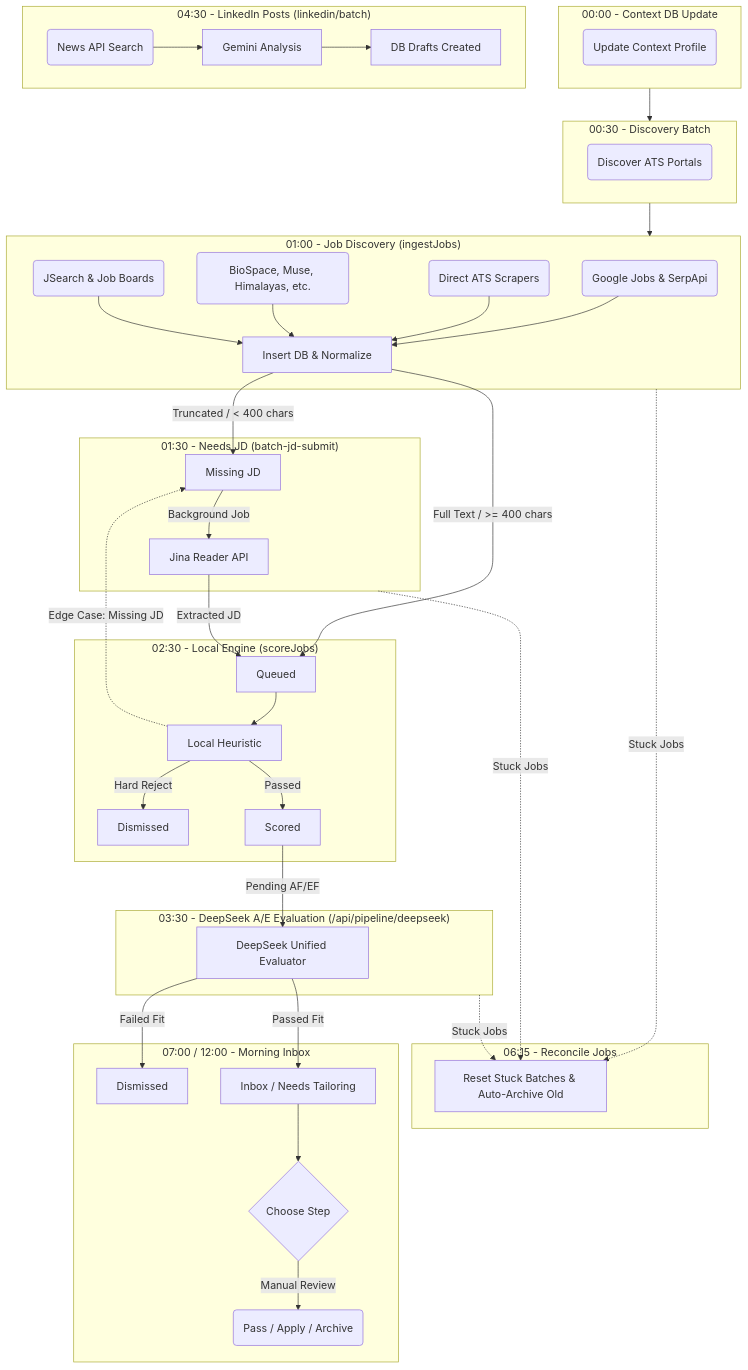
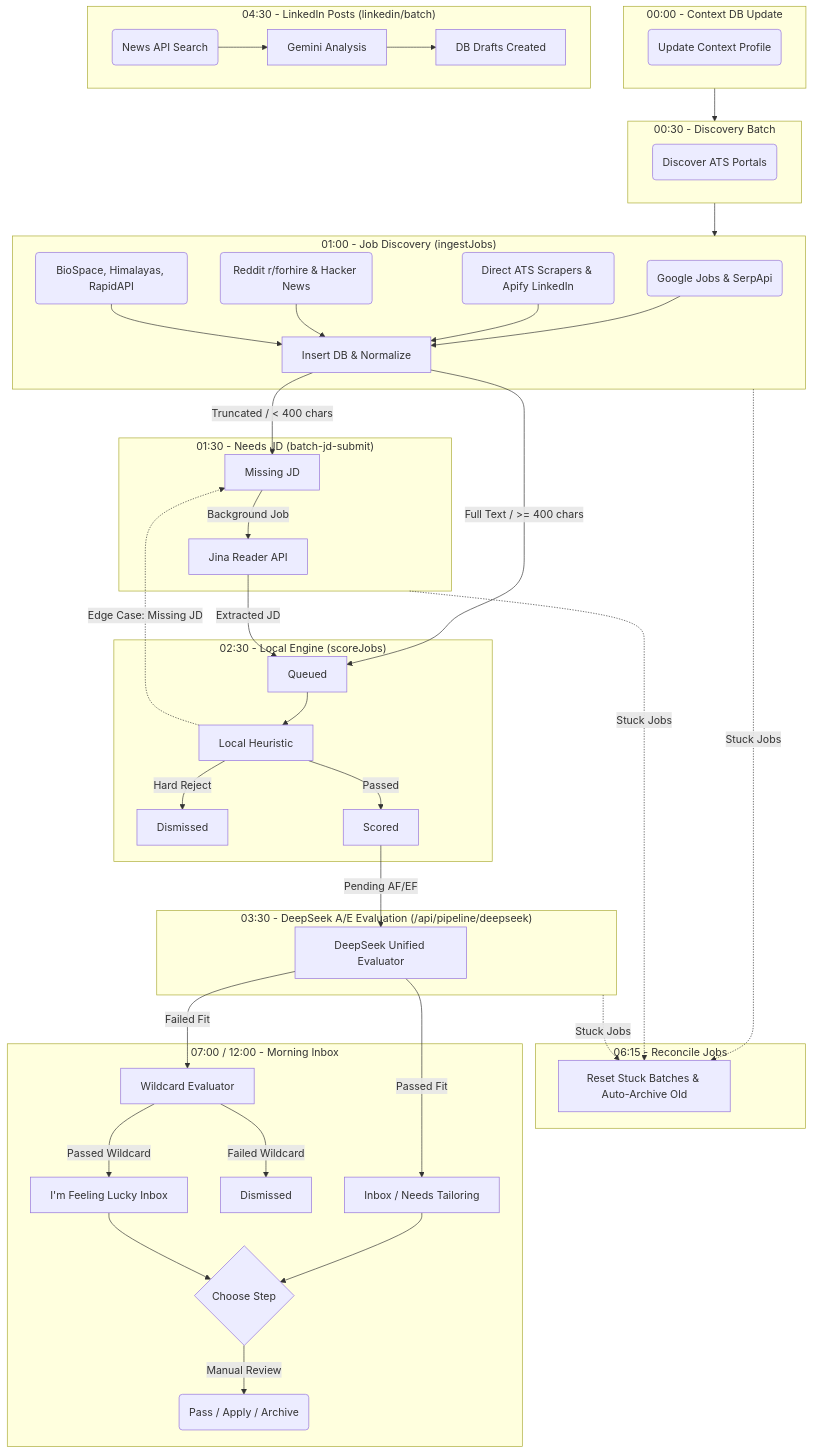
One commit to j85473/career-dashboard changed the diagram in README.md. Above: the diagram before and after it, drawn with Mermaid. The commit also changed other lines of this file, not shown here.

Commit message:
docs: Update README with native ingestion and Wildcard evaluator

````diff
--- a/README.md
+++ b/README.md
@@ -13,72 +13,74 @@
 ```mermaid
 flowchart TD
     %% Context DB Update
     subgraph ContextDB ["00:00 - Context DB Update"]
         CTX(Update Context Profile)
     end
 
     %% ATS Discovery
     subgraph Discovery ["00:30 - Discovery Batch"]
         DISC(Discover ATS Portals)
     end
 
     %% Ingestion Sources
     subgraph Ingestion ["01:00 - Job Discovery (ingestJobs)"]
         S1(Google Jobs & SerpApi)
-        S2(Direct ATS Scrapers)
-        S3(BioSpace, Muse, Himalayas, etc.)
-        S4(JSearch & Job Boards)
+        S2(Direct ATS Scrapers & Apify LinkedIn)
+        S3(Reddit r/forhire & Hacker News)
+        S4(BioSpace, Himalayas, RapidAPI)
         
         A[Insert DB & Normalize]
         
         S1 & S2 & S3 & S4 --> A
     end
     
     %% JD Batch
     subgraph JDBatch ["01:30 - Needs JD (batch-jd-submit)"]
         NJD[Missing JD] -->|Background Job| G[Jina Reader API]
     end
 
     %% Local Engine
     subgraph LocalScoring ["02:30 - Local Engine (scoreJobs)"]
         Q[Queued] --> C[Local Heuristic]
         C -->|Hard Reject| D[Dismissed]
         C -->|Passed| E[Scored]
     end
 
     %% DeepSeek Unified Fit Evaluation
     subgraph DeepSeekFit ["03:30 - DeepSeek A/E Evaluation (/api/pipeline/deepseek)"]
         E -->|Pending AF/EF| H[DeepSeek Unified Evaluator]
     end
 
     %% LinkedIn Drafts
     subgraph LinkedIn ["04:30 - LinkedIn Posts (linkedin/batch)"]
         LI1(News API Search) --> LI2[Gemini Analysis]
         LI2 --> LI3[DB Drafts Created]
     end
 
     %% Reconciliation
     subgraph Reconciliation ["06:15 - Reconcile Jobs"]
         REC[Reset Stuck Batches & Auto-Archive Old]
     end
 
     %% Morning Inbox
     subgraph Inbox ["07:00 / 12:00 - Morning Inbox"]
-        H -->|Failed Fit| I[Dismissed]
+        H -->|Failed Fit| W[Wildcard Evaluator]
+        W -->|Passed Wildcard| L[I'm Feeling Lucky Inbox]
+        W -->|Failed Wildcard| I[Dismissed]
         H -->|Passed Fit| J[Inbox / Needs Tailoring]
         
-        J --> N{Choose Step}
+        J & L --> N{Choose Step}
         N -->|Manual Review| M(Pass / Apply / Archive)
     end
 
     %% Connections
     ContextDB --> Discovery
     Discovery --> Ingestion
     A -->|Truncated / < 400 chars| NJD
     A -->|Full Text / >= 400 chars| Q
     G -->|Extracted JD| Q
     C -.->|Edge Case: Missing JD| NJD
     Ingestion -.->|Stuck Jobs| REC
     JDBatch -.->|Stuck Jobs| REC
     DeepSeekFit -.->|Stuck Jobs| REC
 ```
````
